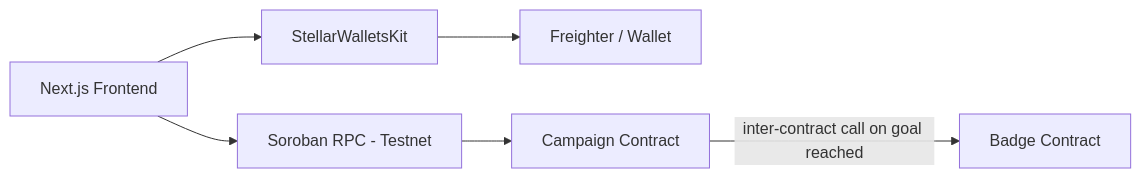
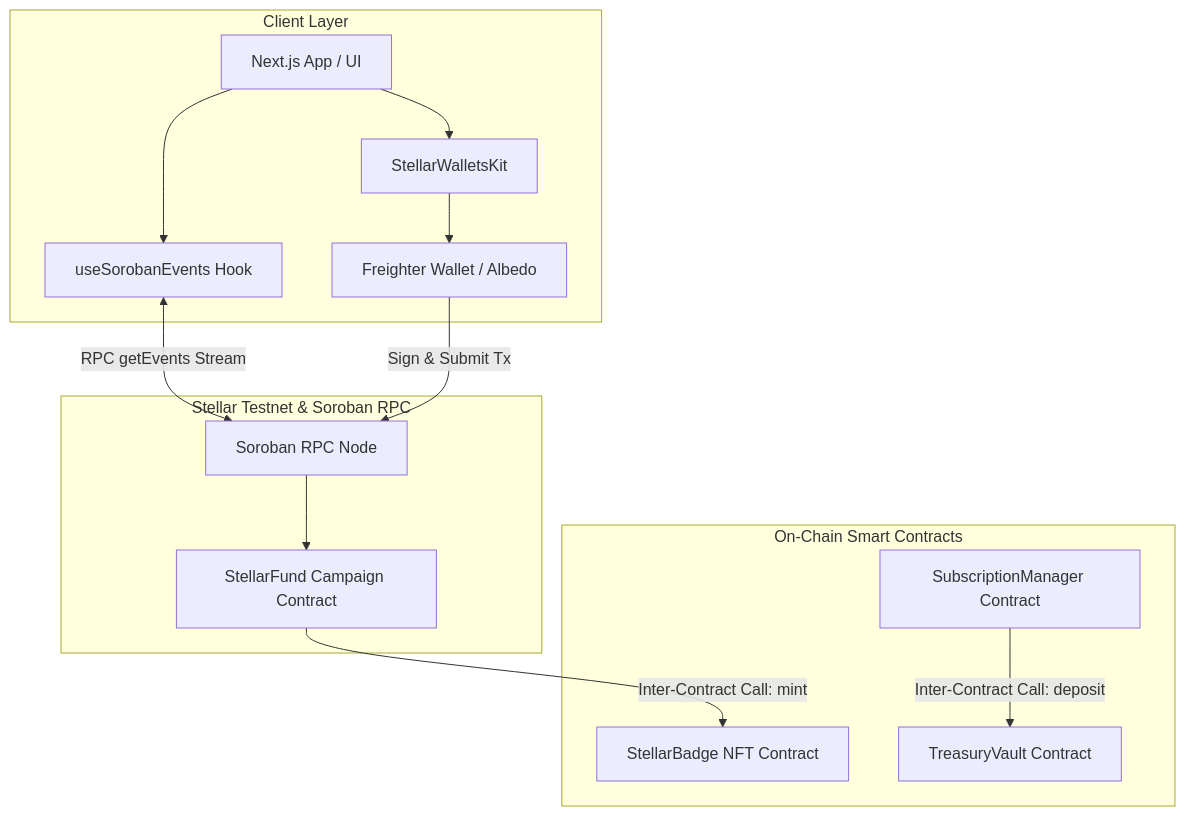
Before and after one commit to shashankpatilsggs-hub/journey-to-mastery: the diagram in README.md, drawn with Mermaid. The commit also changed other lines of this file, not shown here.

Commit message:
docs: update README with advanced architecture, event streaming, and submission checklist

````diff
--- a/README.md
+++ b/README.md
@@ -44,8 +63,19 @@
 ```mermaid
-graph LR
-    A[Next.js Frontend] --> B[StellarWalletsKit]
-    B --> C[Freighter / Wallet]
-    A --> D[Soroban RPC - Testnet]
-    D --> E[Campaign Contract]
-    E -->|inter-contract call on goal reached| F[Badge Contract]
+graph TD
+    subgraph Client Layer
+        A[Next.js App / UI] --> B[StellarWalletsKit]
+        B --> C[Freighter Wallet / Albedo]
+        A --> D[useSorobanEvents Hook]
+    end
+
+    subgraph Stellar Testnet & Soroban RPC
+        D <-->|RPC getEvents Stream| E[Soroban RPC Node]
+        C -->|Sign & Submit Tx| E
+        E --> F[StellarFund Campaign Contract]
+    end
+
+    subgraph On-Chain Smart Contracts
+        F -->|Inter-Contract Call: mint| G[StellarBadge NFT Contract]
+        H[SubscriptionManager Contract] -->|Inter-Contract Call: deposit| I[TreasuryVault Contract]
+    end
 ```
````
